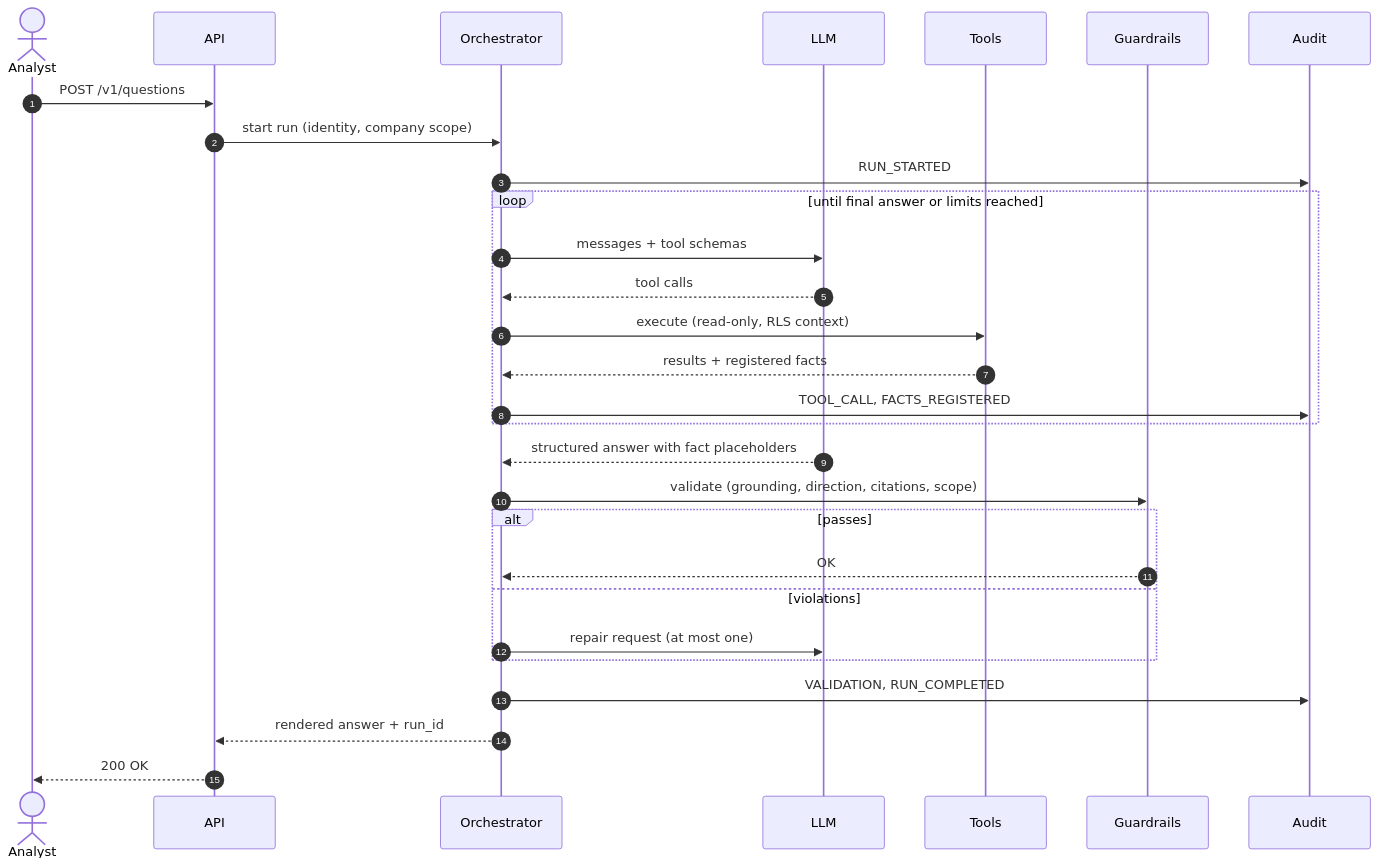
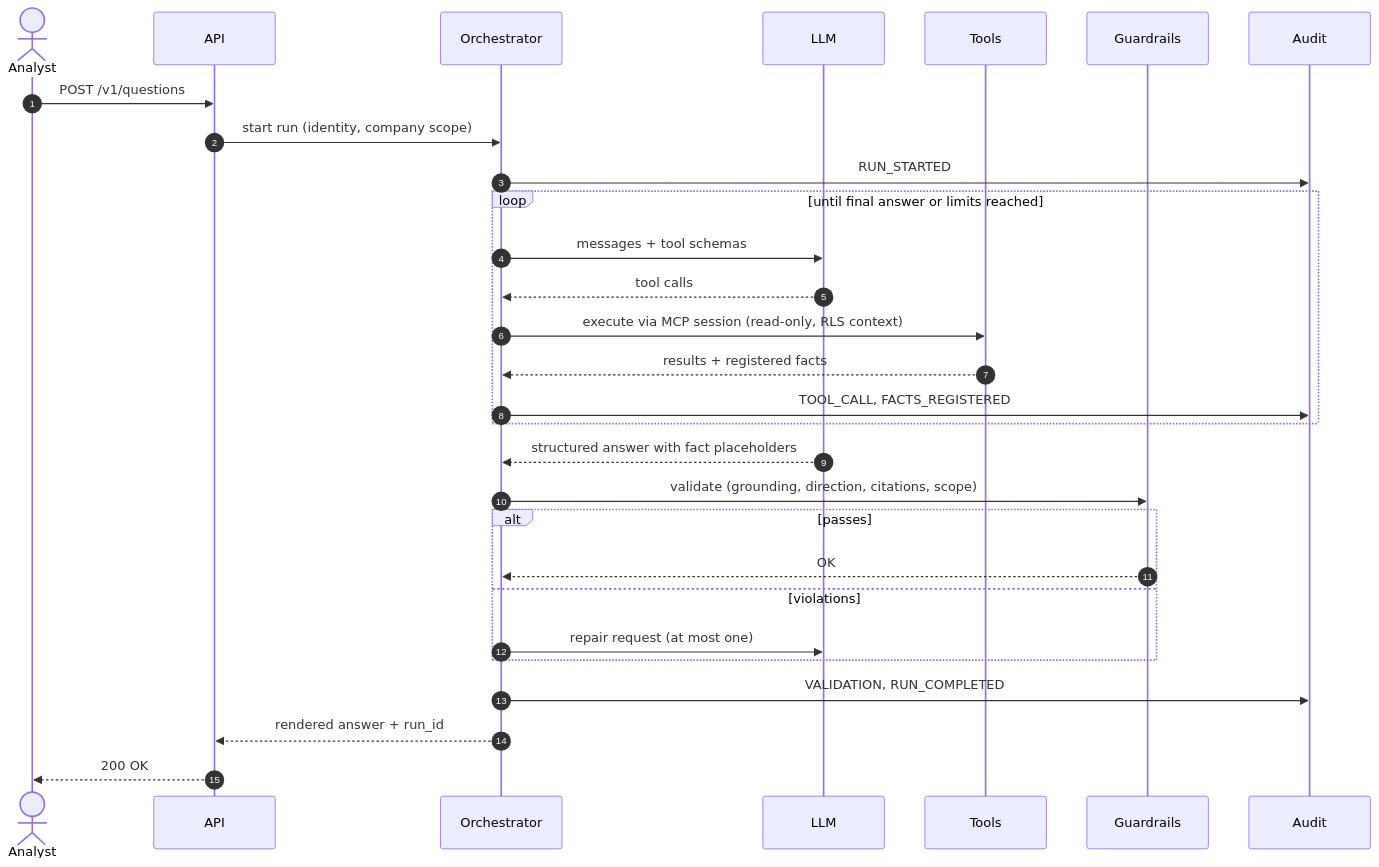
The second of 4 diagrams in SPEC.md (albertngx/variance-copilot), drawn with Mermaid before and after one commit. The commit also changed other lines of this file and 15 other files, not shown here.

````diff
--- a/SPEC.md
+++ b/SPEC.md
@@ -222,31 +227,31 @@
 ```mermaid
 sequenceDiagram
   autonumber
   actor U as Analyst
   participant API
   participant O as Orchestrator
   participant L as LLM
   participant T as Tools
   participant G as Guardrails
   participant A as Audit
   U->>API: POST /v1/questions
   API->>O: start run (identity, company scope)
   O->>A: RUN_STARTED
   loop until final answer or limits reached
     O->>L: messages + tool schemas
     L-->>O: tool calls
-    O->>T: execute (read-only, RLS context)
+    O->>T: execute via MCP session (read-only, RLS context)
     T-->>O: results + registered facts
     O->>A: TOOL_CALL, FACTS_REGISTERED
   end
   L-->>O: structured answer with fact placeholders
   O->>G: validate (grounding, direction, citations, scope)
   alt passes
     G-->>O: OK
   else violations
     O->>L: repair request (at most one)
   end
   O->>A: VALIDATION, RUN_COMPLETED
   O-->>API: rendered answer + run_id
   API-->>U: 200 OK
 ```
````
